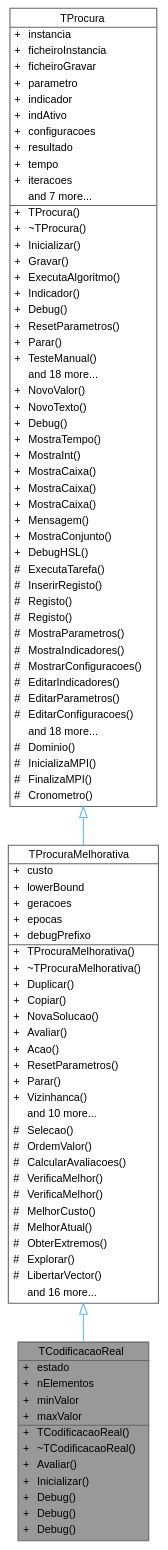
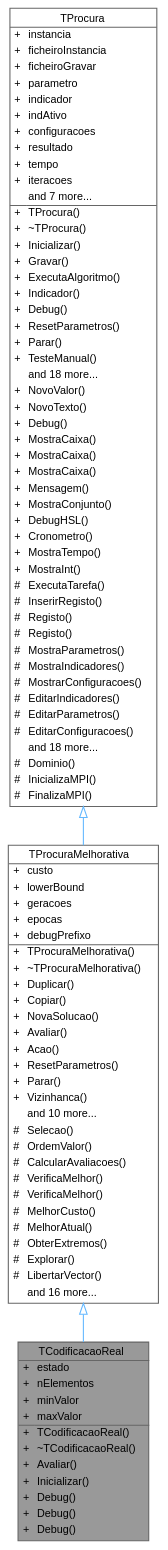
Before and after one commit to jcoelho72/TProcura: the diagram in classTCodificacaoReal__inherit__graph.dot, drawn with Graphviz. The commit also changed 90 other files, not shown here.

```diff
--- a/classTCodificacaoReal__inherit__graph.dot
+++ b/classTCodificacaoReal__inherit__graph.dot
@@ -82,14 +82,15 @@
 <TR><TD VALIGN="top" CELLPADDING="1" CELLSPACING="0">+</TD><TD VALIGN="top" ALIGN="LEFT" CELLPADDING="1" CELLSPACING="0">NovoValor()<BR ALIGN="LEFT"/></TD></TR>
 <TR><TD VALIGN="top" CELLPADDING="1" CELLSPACING="0">+</TD><TD VALIGN="top" ALIGN="LEFT" CELLPADDING="1" CELLSPACING="0">NovoTexto()<BR ALIGN="LEFT"/></TD></TR>
 <TR><TD VALIGN="top" CELLPADDING="1" CELLSPACING="0">+</TD><TD VALIGN="top" ALIGN="LEFT" CELLPADDING="1" CELLSPACING="0">Debug()<BR ALIGN="LEFT"/></TD></TR>
-<TR><TD VALIGN="top" CELLPADDING="1" CELLSPACING="0">+</TD><TD VALIGN="top" ALIGN="LEFT" CELLPADDING="1" CELLSPACING="0">MostraTempo()<BR ALIGN="LEFT"/></TD></TR>
-<TR><TD VALIGN="top" CELLPADDING="1" CELLSPACING="0">+</TD><TD VALIGN="top" ALIGN="LEFT" CELLPADDING="1" CELLSPACING="0">MostraInt()<BR ALIGN="LEFT"/></TD></TR>
 <TR><TD VALIGN="top" CELLPADDING="1" CELLSPACING="0">+</TD><TD VALIGN="top" ALIGN="LEFT" CELLPADDING="1" CELLSPACING="0">MostraCaixa()<BR ALIGN="LEFT"/></TD></TR>
 <TR><TD VALIGN="top" CELLPADDING="1" CELLSPACING="0">+</TD><TD VALIGN="top" ALIGN="LEFT" CELLPADDING="1" CELLSPACING="0">MostraCaixa()<BR ALIGN="LEFT"/></TD></TR>
 <TR><TD VALIGN="top" CELLPADDING="1" CELLSPACING="0">+</TD><TD VALIGN="top" ALIGN="LEFT" CELLPADDING="1" CELLSPACING="0">MostraCaixa()<BR ALIGN="LEFT"/></TD></TR>
 <TR><TD VALIGN="top" CELLPADDING="1" CELLSPACING="0">+</TD><TD VALIGN="top" ALIGN="LEFT" CELLPADDING="1" CELLSPACING="0">Mensagem()<BR ALIGN="LEFT"/></TD></TR>
 <TR><TD VALIGN="top" CELLPADDING="1" CELLSPACING="0">+</TD><TD VALIGN="top" ALIGN="LEFT" CELLPADDING="1" CELLSPACING="0">MostraConjunto()<BR ALIGN="LEFT"/></TD></TR>
 <TR><TD VALIGN="top" CELLPADDING="1" CELLSPACING="0">+</TD><TD VALIGN="top" ALIGN="LEFT" CELLPADDING="1" CELLSPACING="0">DebugHSL()<BR ALIGN="LEFT"/></TD></TR>
+<TR><TD VALIGN="top" CELLPADDING="1" CELLSPACING="0">+</TD><TD VALIGN="top" ALIGN="LEFT" CELLPADDING="1" CELLSPACING="0">Cronometro()<BR ALIGN="LEFT"/></TD></TR>
+<TR><TD VALIGN="top" CELLPADDING="1" CELLSPACING="0">+</TD><TD VALIGN="top" ALIGN="LEFT" CELLPADDING="1" CELLSPACING="0">MostraTempo()<BR ALIGN="LEFT"/></TD></TR>
+<TR><TD VALIGN="top" CELLPADDING="1" CELLSPACING="0">+</TD><TD VALIGN="top" ALIGN="LEFT" CELLPADDING="1" CELLSPACING="0">MostraInt()<BR ALIGN="LEFT"/></TD></TR>
 <TR><TD VALIGN="top" CELLPADDING="1" CELLSPACING="0">#</TD><TD VALIGN="top" ALIGN="LEFT" CELLPADDING="1" CELLSPACING="0">ExecutaTarefa()<BR ALIGN="LEFT"/></TD></TR>
 <TR><TD VALIGN="top" CELLPADDING="1" CELLSPACING="0">#</TD><TD VALIGN="top" ALIGN="LEFT" CELLPADDING="1" CELLSPACING="0">InserirRegisto()<BR ALIGN="LEFT"/></TD></TR>
 <TR><TD VALIGN="top" CELLPADDING="1" CELLSPACING="0">#</TD><TD VALIGN="top" ALIGN="LEFT" CELLPADDING="1" CELLSPACING="0">Registo()<BR ALIGN="LEFT"/></TD></TR>
@@ -104,7 +105,6 @@
 <TR><TD VALIGN="top" CELLPADDING="1" CELLSPACING="0">#</TD><TD VALIGN="top" ALIGN="LEFT" CELLPADDING="1" CELLSPACING="0">Dominio()<BR ALIGN="LEFT"/></TD></TR>
 <TR><TD VALIGN="top" CELLPADDING="1" CELLSPACING="0">#</TD><TD VALIGN="top" ALIGN="LEFT" CELLPADDING="1" CELLSPACING="0">InicializaMPI()<BR ALIGN="LEFT"/></TD></TR>
 <TR><TD VALIGN="top" CELLPADDING="1" CELLSPACING="0">#</TD><TD VALIGN="top" ALIGN="LEFT" CELLPADDING="1" CELLSPACING="0">FinalizaMPI()<BR ALIGN="LEFT"/></TD></TR>
-<TR><TD VALIGN="top" CELLPADDING="1" CELLSPACING="0">#</TD><TD VALIGN="top" ALIGN="LEFT" CELLPADDING="1" CELLSPACING="0">Cronometro()<BR ALIGN="LEFT"/></TD></TR>
 </TABLE>>
 ,height=0.2,width=0.4,color="gray40", fillcolor="white", style="filled",URL="$classTProcura.html",tooltip="Classe base para todas as procuras."];
 }
```
